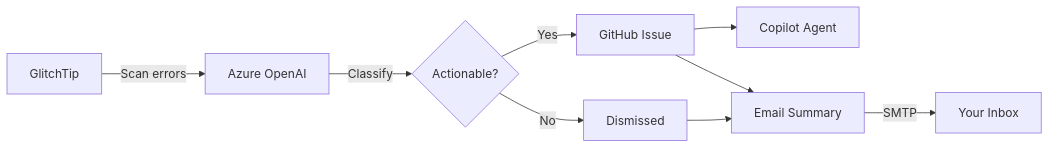
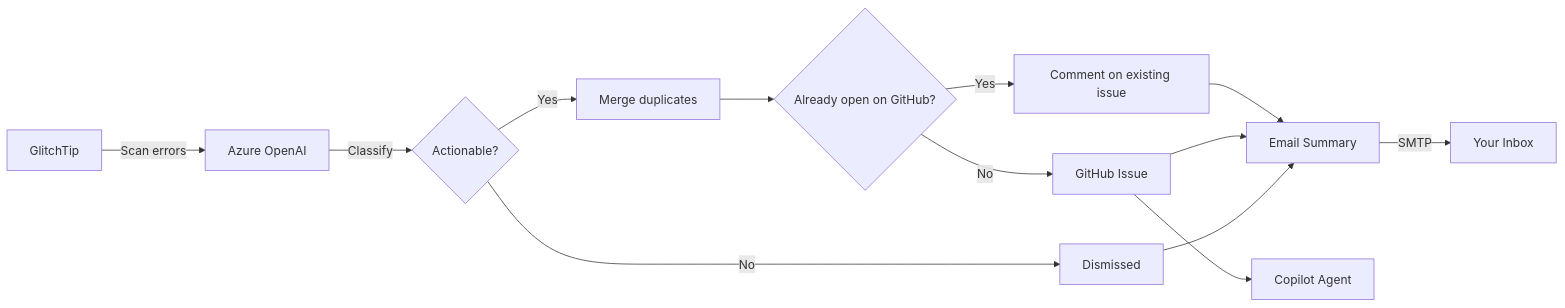
One commit to Liebeck/glitchpilot changed the diagram in Readme.md. Above: the diagram before and after it, drawn with Mermaid. The commit also changed other lines of this file and 26 other files, not shown here.

````diff
--- a/Readme.md
+++ b/Readme.md
@@ -24,11 +25,15 @@
 ```mermaid
 flowchart LR
     A[GlitchTip] -->|Scan errors| B[Azure OpenAI]
     B -->|Classify| C{Actionable?}
-    C -->|Yes| D[GitHub Issue]
+    C -->|Yes| M[Merge duplicates]
+    M --> K{Already open on GitHub?}
+    K -->|Yes| L[Comment on existing issue]
+    K -->|No| D[GitHub Issue]
+    L --> G
     D --> E[Copilot Agent]
     C -->|No| F[Dismissed]
     D --> G[Email Summary]
     F --> G
     G -->|SMTP| H[Your Inbox]
 ```
````
